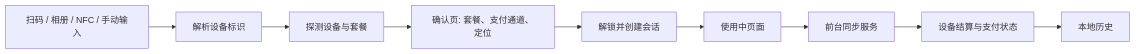
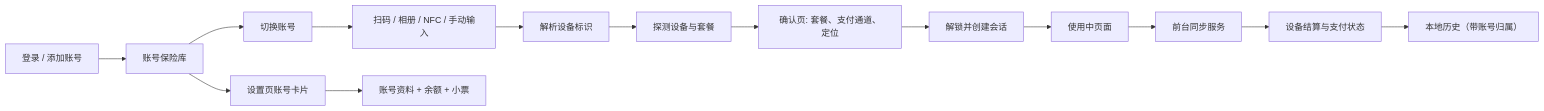
One commit to WindDrift/fuck-pangguai changed the diagram in docs/architecture.md. Above: the diagram before and after it, drawn with Mermaid. The commit also changed other lines of this file and 7 other files, not shown here.

````diff
--- a/docs/architecture.md
+++ b/docs/architecture.md
@@ -44,11 +47,17 @@
 ```mermaid
 flowchart LR
     A[扫码 / 相册 / NFC / 手动输入] --> B[解析设备标识]
     B --> C[探测设备与套餐]
     C --> D[确认页: 套餐、支付通道、定位]
     D --> E[解锁并创建会话]
     E --> F[使用中页面]
     F --> G[前台同步服务]
     G --> H[设备结算与支付状态]
-    H --> I[本地历史]
+    H --> I[本地历史（带账号归属）]
+
+    J[登录 / 添加账号] --> K[账号保险库]
+    K --> L[切换账号]
+    L --> A
+    K --> M[设置页账号卡片]
+    M --> N[账号资料 + 余额 + 小票]
 ```
````
